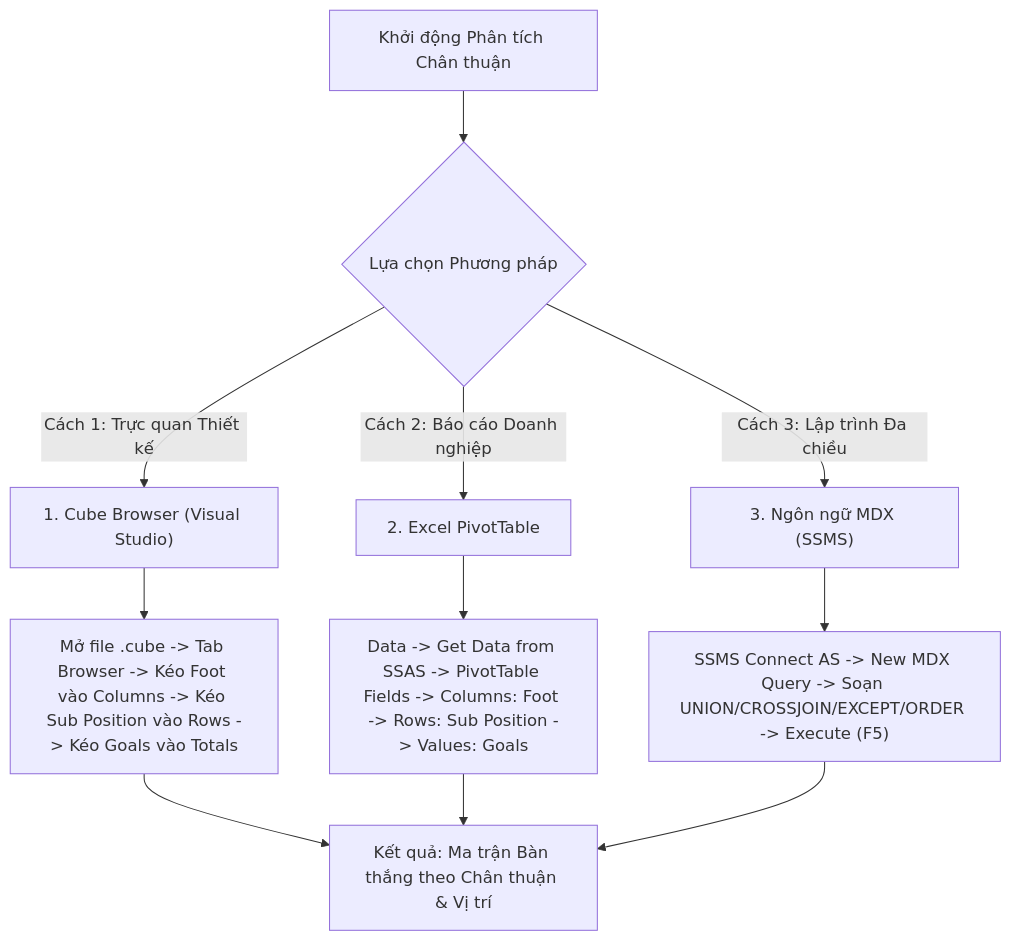
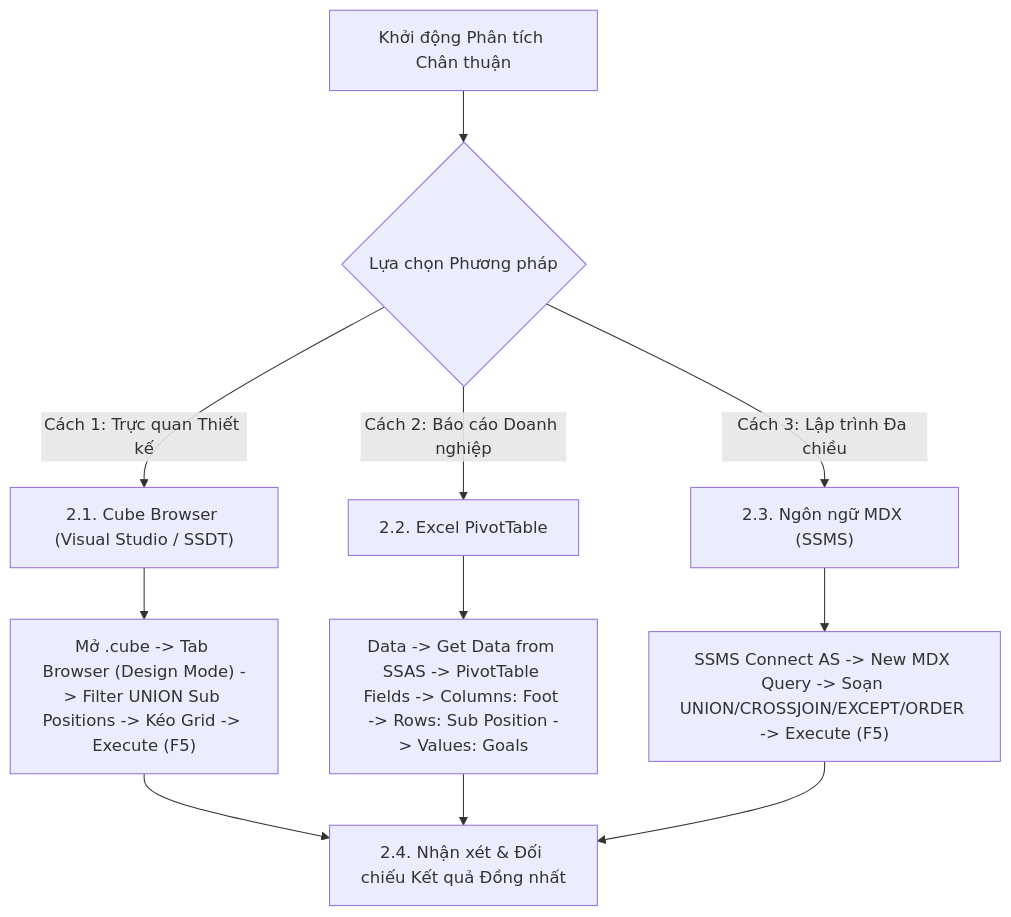
One commit to snowflake-vibing/Kho_du_lieu_OLAP changed the diagram in mdx/query_05.md. Above: the diagram before and after it, drawn with Mermaid. The commit also changed other lines of this file and 3 other files, not shown here.

````diff
--- a/mdx/query_05.md
+++ b/mdx/query_05.md
@@ -34,16 +37,16 @@
 ```mermaid
 flowchart TD
     Start["Khởi động Phân tích Chân thuận"] --> Choice{"Lựa chọn Phương pháp"}
 
-    Choice -->|"Cách 1: Trực quan Thiết kế"| CB["1. Cube Browser (Visual Studio)"]
-    Choice -->|"Cách 2: Báo cáo Doanh nghiệp"| Excel["2. Excel PivotTable"]
-    Choice -->|"Cách 3: Lập trình Đa chiều"| MDX["3. Ngôn ngữ MDX (SSMS)"]
+    Choice -->|"Cách 1: Trực quan Thiết kế"| CB["2.1. Cube Browser (Visual Studio / SSDT)"]
+    Choice -->|"Cách 2: Báo cáo Doanh nghiệp"| Excel["2.2. Excel PivotTable"]
+    Choice -->|"Cách 3: Lập trình Đa chiều"| MDX["2.3. Ngôn ngữ MDX (SSMS)"]
 
-    CB --> CB_Step["Mở file .cube -> Tab Browser -> Kéo Foot vào Columns -> Kéo Sub Position vào Rows -> Kéo Goals vào Totals"]
+    CB --> CB_Step["Mở .cube -> Tab Browser (Design Mode) -> Filter UNION Sub Positions -> Kéo Grid -> Execute (F5)"]
     Excel --> Excel_Step["Data -> Get Data from SSAS -> PivotTable Fields -> Columns: Foot -> Rows: Sub Position -> Values: Goals"]
     MDX --> MDX_Step["SSMS Connect AS -> New MDX Query -> Soạn UNION/CROSSJOIN/EXCEPT/ORDER -> Execute (F5)"]
 
-    CB_Step --> Finish["Kết quả: Ma trận Bàn thắng theo Chân thuận & Vị trí"]
+    CB_Step --> Finish["2.4. Nhận xét & Đối chiếu Kết quả Đồng nhất"]
     Excel_Step --> Finish
     MDX_Step --> Finish
 ```
````
